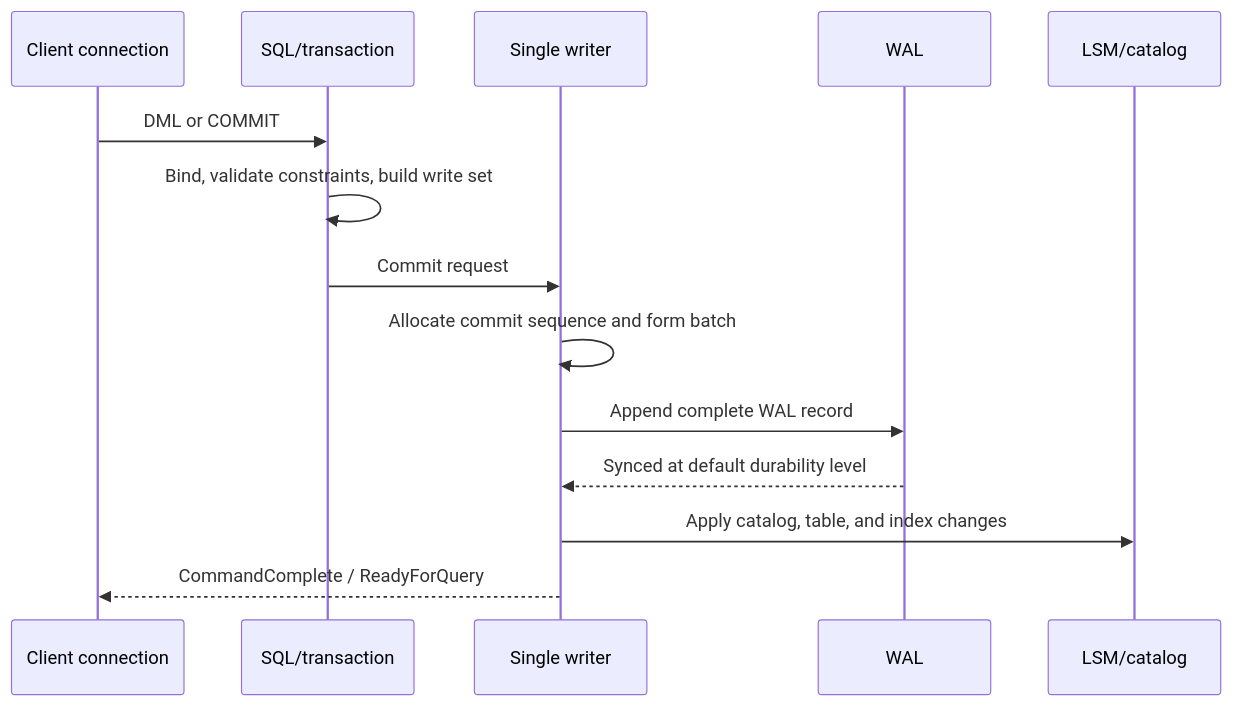
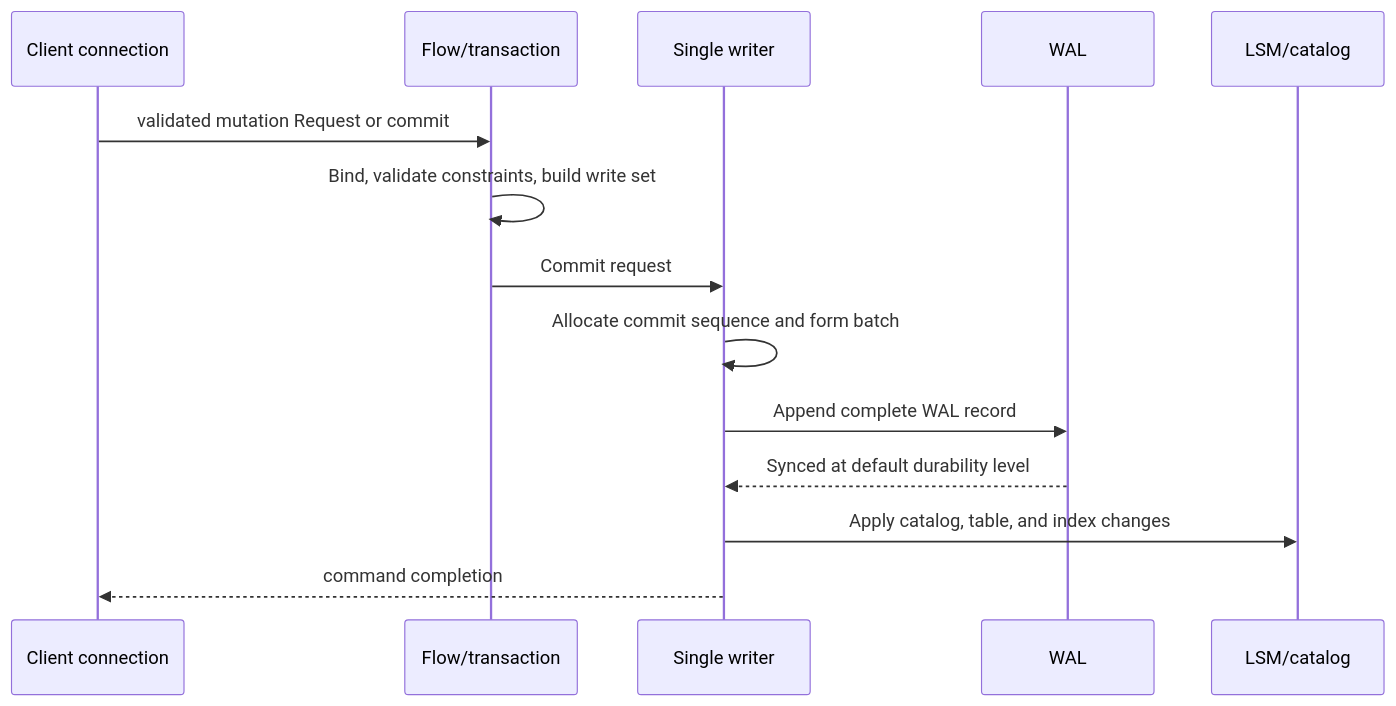
The third of 3 diagrams in docs/ARCHITECTURE.md (viloris-org/Pico), drawn with Mermaid before and after one commit. The commit also changed other lines of this file and 60 other files, not shown here.

First line of the commit message:
feat(protocol): upgrade RunaDB Wire Protocol to v2 with Flow and evidence support

````diff
--- a/docs/ARCHITECTURE.md
+++ b/docs/ARCHITECTURE.md
@@ -128,17 +126,17 @@
 ```mermaid
 sequenceDiagram
   participant C as Client connection
-  participant S as SQL/transaction
+  participant S as Flow/transaction
   participant W as Single writer
   participant L as WAL
   participant M as LSM/catalog
 
-  C->>S: DML or COMMIT
+  C->>S: validated mutation Request or commit
   S->>S: Bind, validate constraints, build write set
   S->>W: Commit request
   W->>W: Allocate commit sequence and form batch
   W->>L: Append complete WAL record
   L-->>W: Synced at default durability level
   W->>M: Apply catalog, table, and index changes
-  W-->>C: CommandComplete / ReadyForQuery
+  W-->>C: command completion
 ```
````
